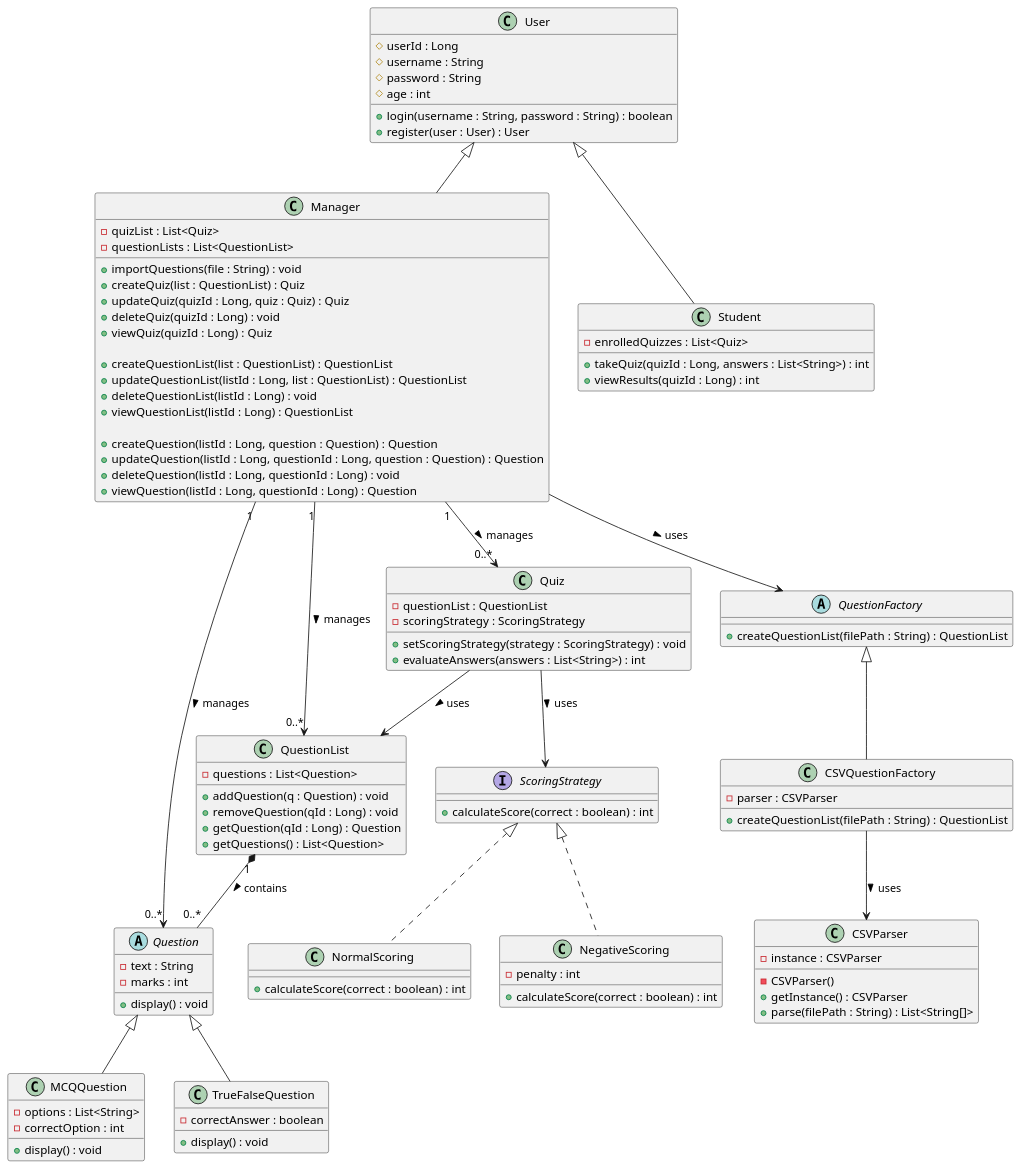
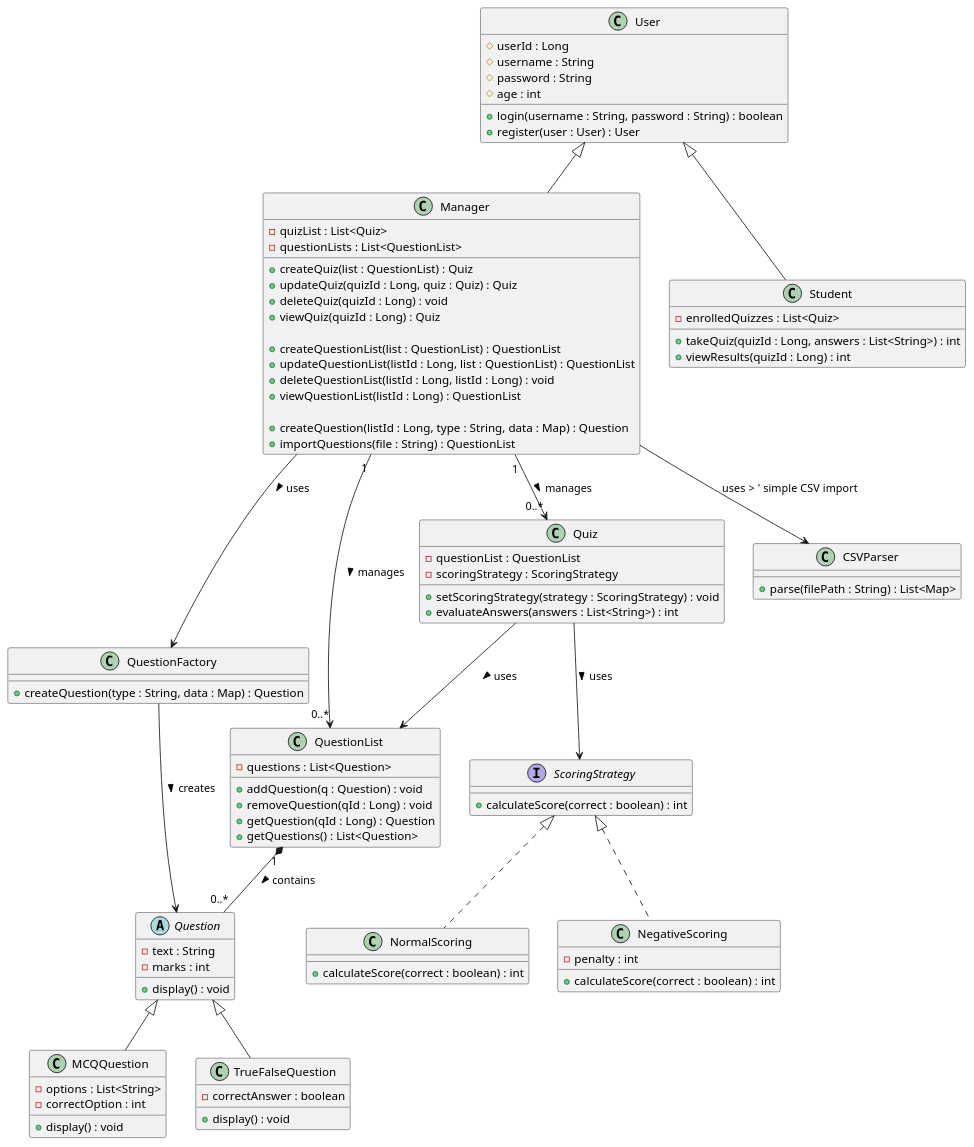
The diagram in docs/uml/class.puml (Poorna-Raj/quiz-manager), drawn with PlantUML before and after one commit. The commit also changed 1 other file, not shown here.

Commit message:
update the class diagram

```diff
--- a/docs/uml/class.puml
+++ b/docs/uml/class.puml
@@ -1,138 +1,119 @@
 @startuml
 'https://plantuml.com/class-diagram
 
-' ===== Actors / Users =====
+' ===== Actors =====
 class User {
     # userId : Long
     # username : String
     # password : String
     # age : int
     + login(username : String, password : String) : boolean
     + register(user : User) : User
 }
 
 class Manager {
     - quizList : List<Quiz>
     - questionLists : List<QuestionList>
-    + importQuestions(file : String) : void
+
     + createQuiz(list : QuestionList) : Quiz
     + updateQuiz(quizId : Long, quiz : Quiz) : Quiz
     + deleteQuiz(quizId : Long) : void
     + viewQuiz(quizId : Long) : Quiz
 
-    ' Manual question list operations
     + createQuestionList(list : QuestionList) : QuestionList
     + updateQuestionList(listId : Long, list : QuestionList) : QuestionList
-    + deleteQuestionList(listId : Long) : void
+    + deleteQuestionList(listId : Long, listId : Long) : void
     + viewQuestionList(listId : Long) : QuestionList
 
-    ' Manual question operations inside a QuestionList
-    + createQuestion(listId : Long, question : Question) : Question
-    + updateQuestion(listId : Long, questionId : Long, question : Question) : Question
-    + deleteQuestion(listId : Long, questionId : Long) : void
-    + viewQuestion(listId : Long, questionId : Long) : Question
+    + createQuestion(listId : Long, type : String, data : Map) : Question
+    + importQuestions(file : String) : QuestionList
 }
 
 User <|-- Manager
 
 class Student {
     - enrolledQuizzes : List<Quiz>
     + takeQuiz(quizId : Long, answers : List<String>) : int
     + viewResults(quizId : Long) : int
 }
 
 User <|-- Student
 
-' ===== Abstract Product =====
+' ===== Question hierarchy =====
 abstract class Question {
     - text : String
     - marks : int
     + display() : void
 }
 
-' ===== Concrete Products =====
 class MCQQuestion {
     - options : List<String>
     - correctOption : int
     + display() : void
 }
 
 class TrueFalseQuestion {
     - correctAnswer : boolean
     + display() : void
 }
 
 Question <|-- MCQQuestion
 Question <|-- TrueFalseQuestion
 
+' ===== Question Factory =====
+class QuestionFactory {
+    + createQuestion(type : String, data : Map) : Question
+}
+
+Manager --> QuestionFactory : uses >
+QuestionFactory --> Question : creates >
+
 ' ===== QuestionList =====
 class QuestionList {
     - questions : List<Question>
     + addQuestion(q : Question) : void
     + removeQuestion(qId : Long) : void
     + getQuestion(qId : Long) : Question
     + getQuestions() : List<Question>
 }
 
-' Composition: QuestionList owns Questions
 QuestionList "1" *-- "0..*" Question : contains >
+Manager "1" --> "0..*" QuestionList : manages >
+Manager "1" --> "0..*" Quiz : manages >
 
-' Association: Manager manages QuestionList and Questions
-Manager "1" --> "0..*" QuestionList : manages >
-Manager "1" --> "0..*" Question : manages >
-
-' ===== Factory Method =====
-abstract class QuestionFactory {
-    + createQuestionList(filePath : String) : QuestionList
+' ===== CSV Parser =====
+class CSVParser {
+    + parse(filePath : String) : List<Map>
 }
 
-class CSVQuestionFactory {
-    - parser : CSVParser
-    + createQuestionList(filePath : String) : QuestionList
-}
-
-QuestionFactory <|-- CSVQuestionFactory
-Manager --> QuestionFactory : uses >
-
-' ===== Singleton Parser =====
-class CSVParser {
-    - instance : CSVParser
-    - CSVParser()
-    + getInstance() : CSVParser
-    + parse(filePath : String) : List<String[]>
-}
-
-CSVQuestionFactory --> CSVParser : uses >
+Manager --> CSVParser : uses >  ' simple CSV import
 
 ' ===== Strategy Pattern (Scoring) =====
 interface ScoringStrategy {
     + calculateScore(correct : boolean) : int
 }
 
 class NormalScoring {
     + calculateScore(correct : boolean) : int
 }
 
 class NegativeScoring {
     - penalty : int
     + calculateScore(correct : boolean) : int
 }
 
 ScoringStrategy <|.. NormalScoring
 ScoringStrategy <|.. NegativeScoring
 
-' ===== Quiz Context =====
+' ===== Quiz =====
 class Quiz {
     - questionList : QuestionList
     - scoringStrategy : ScoringStrategy
     + setScoringStrategy(strategy : ScoringStrategy) : void
     + evaluateAnswers(answers : List<String>) : int
 }
 
 Quiz --> ScoringStrategy : uses >
 Quiz --> QuestionList : uses >
 
-' ===== Manager Relations (Reinforced) =====
-Manager "1" --> "0..*" Quiz : manages >
-
 @enduml
```
